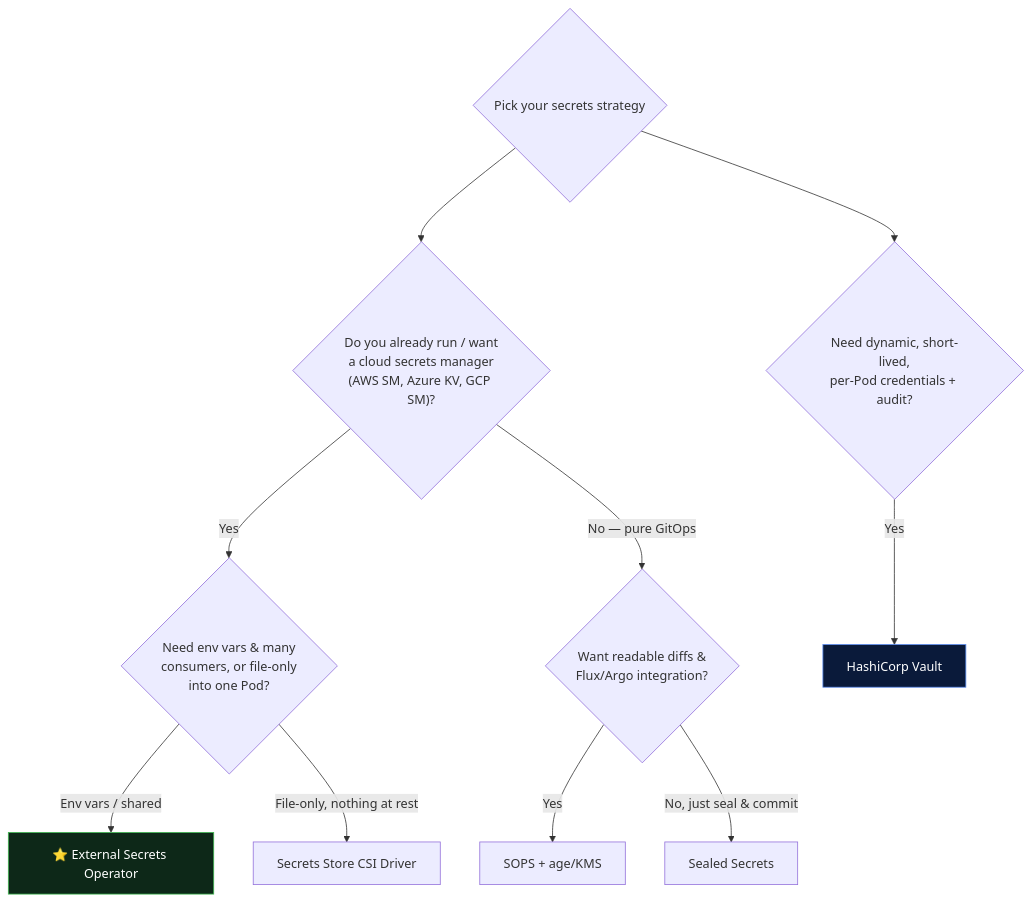
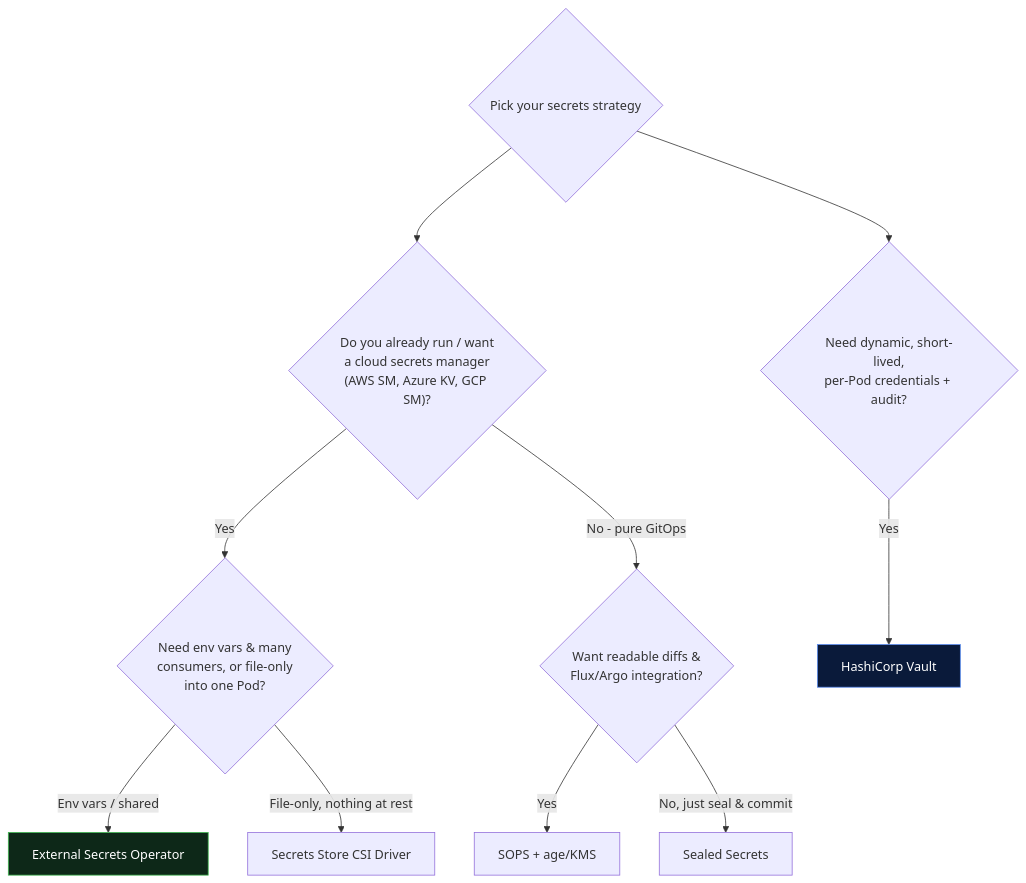
One commit to siva9800/learn-k8s changed the sixth of 7 diagrams in day10-configmaps-secrets/production-secrets.md. Above: the diagram before and after it, drawn with Mermaid. The commit also changed other lines of this file and 8 other files, not shown here.

````diff
--- a/day10-configmaps-secrets/production-secrets.md
+++ b/day10-configmaps-secrets/production-secrets.md
@@ -347,15 +347,15 @@
 ```mermaid
 flowchart TD
     START{"Pick your secrets strategy"} --> Q1{"Do you already run / want<br/>a cloud secrets manager<br/>(AWS SM, Azure KV, GCP SM)?"}
     Q1 -->|Yes| Q2{"Need env vars & many<br/>consumers, or file-only<br/>into one Pod?"}
-    Q2 -->|"Env vars / shared"| ESO["⭐ External Secrets Operator"]
+    Q2 -->|"Env vars / shared"| ESO[" External Secrets Operator"]
     Q2 -->|"File-only, nothing at rest"| CSI["Secrets Store CSI Driver"]
-    Q1 -->|"No — pure GitOps"| Q3{"Want readable diffs &<br/>Flux/Argo integration?"}
+    Q1 -->|"No - pure GitOps"| Q3{"Want readable diffs &<br/>Flux/Argo integration?"}
     Q3 -->|Yes| SOPS["SOPS + age/KMS"]
     Q3 -->|"No, just seal & commit"| SEALED["Sealed Secrets"]
     START --> Q4{"Need dynamic, short-lived,<br/>per-Pod credentials + audit?"}
     Q4 -->|Yes| VAULT["HashiCorp Vault"]
 
     style ESO fill:#0d2818,stroke:#3fb950,color:#fff
     style VAULT fill:#0a1a3a,stroke:#5b8def,color:#fff
 ```
````
